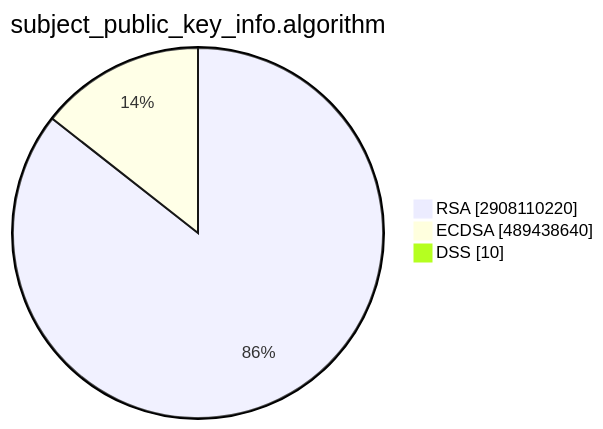
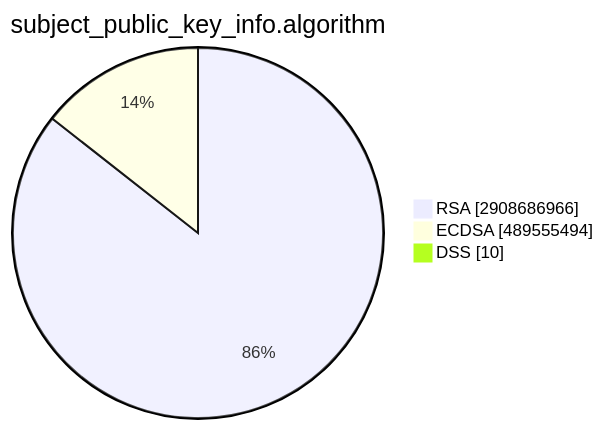
The second of 15 diagrams in TOTAL/README.md (christiankrug/ctmonitor_visualization), drawn with Mermaid before and after one commit. The commit also changed other lines of this file, not shown here.

````diff
--- a/TOTAL/README.md
+++ b/TOTAL/README.md
@@ -6,7 +6,7 @@
 ```mermaid
 pie showData
 title subject_public_key_info.algorithm
-"RSA" :2908110220
-"ECDSA" :489438640
+"RSA" :2908686966
+"ECDSA" :489555494
 "DSS" :10
 ```
````
